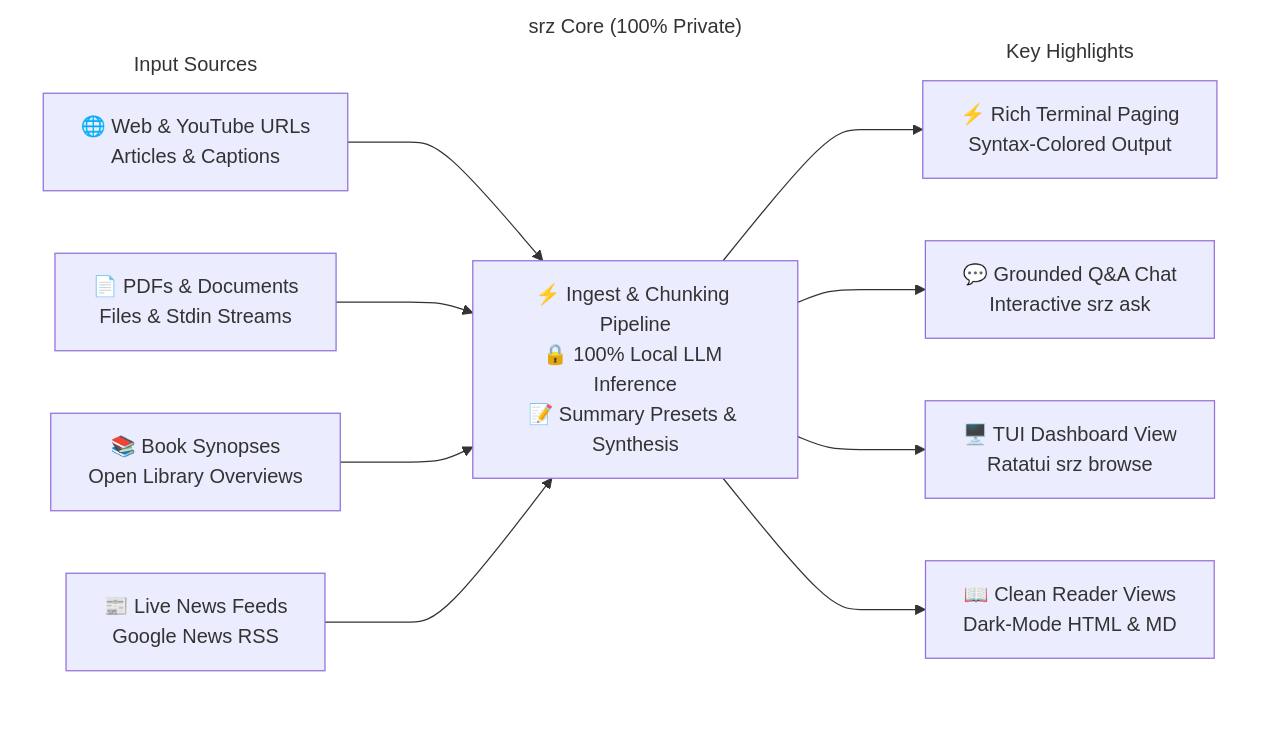
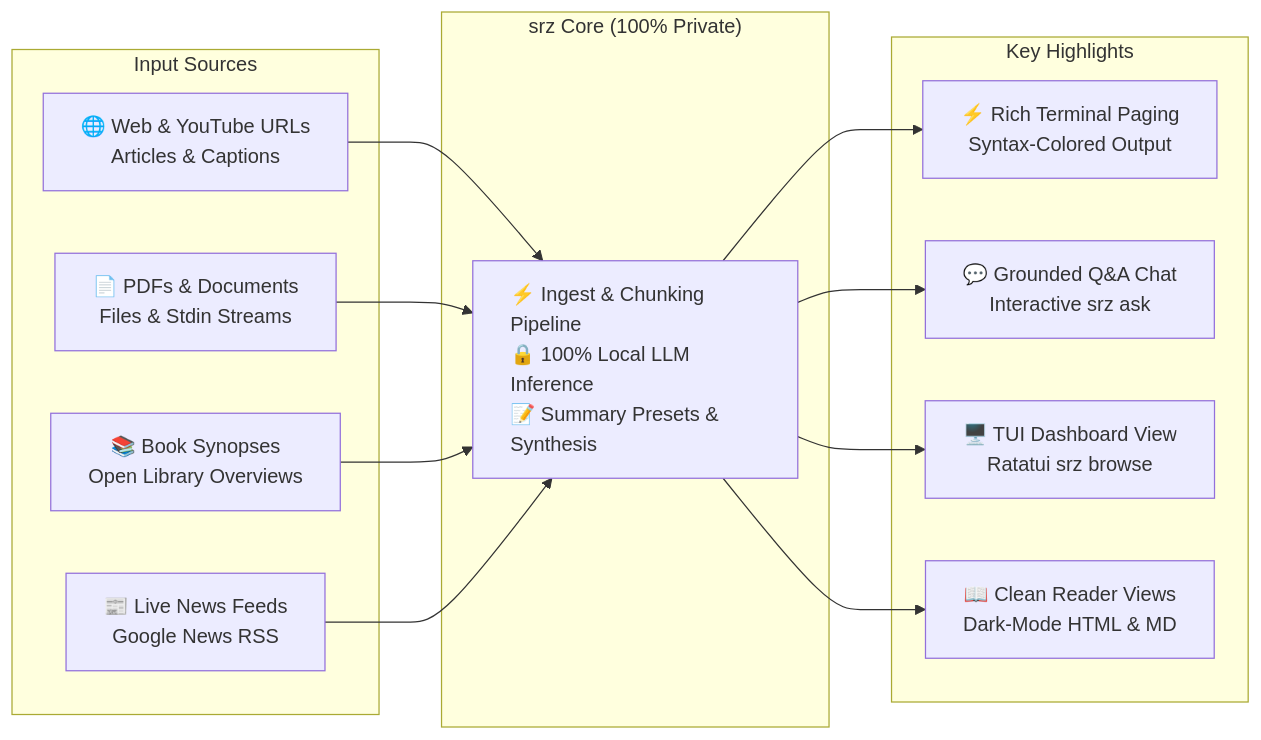
Before and after one commit to NewGuy012/srz: the diagram in README.md, drawn with Mermaid.

Commit message:
docs: simplify architecture highlights flowchart in README

````diff
--- a/README.md
+++ b/README.md
@@ -19,35 +19,31 @@
 ```mermaid
 %%{init: {"flowchart": {"minNodeWidth": 210, "minNodeHeight": 54}}}%%
 flowchart LR
     subgraph Sources["Input Sources"]
         S1["🌐 Web & YouTube URLs\nArticles & Captions"]
         S2["📄 PDFs & Documents\nFiles & Stdin Streams"]
         S3["📚 Book Synopses\nOpen Library Overviews"]
         S4["📰 Live News Feeds\nGoogle News RSS"]
     end
 
     subgraph Core["srz Core (100% Private)"]
-        C["⚡ Ingest & Chunking Pipeline\n🔒 100% Local LLM Inference\n📝 Summary Presets & Synthesis"]
+        C["<div style='text-align: left; margin: 0;'>⚡ Ingest & Chunking Pipeline<br/>🔒 100% Local LLM Inference<br/>📝 Summary Presets & Synthesis</div>"]
     end
 
     subgraph Highlights["Key Highlights"]
         H1["⚡ Rich Terminal Paging\nSyntax-Colored Output"]
         H2["💬 Grounded Q&A Chat\nInteractive srz ask"]
         H3["🖥️ TUI Dashboard View\nRatatui srz browse"]
         H4["📖 Clean Reader Views\nDark-Mode HTML & MD"]
     end
 
     S1 --> C
     S2 --> C
     S3 --> C
     S4 --> C
 
     C --> H1
     C --> H2
     C --> H3
     C --> H4
-
-    style Sources fill:transparent,stroke:transparent,stroke-width:0px
-    style Core fill:transparent,stroke:transparent,stroke-width:0px
-    style Highlights fill:transparent,stroke:transparent,stroke-width:0px
 ```
````
